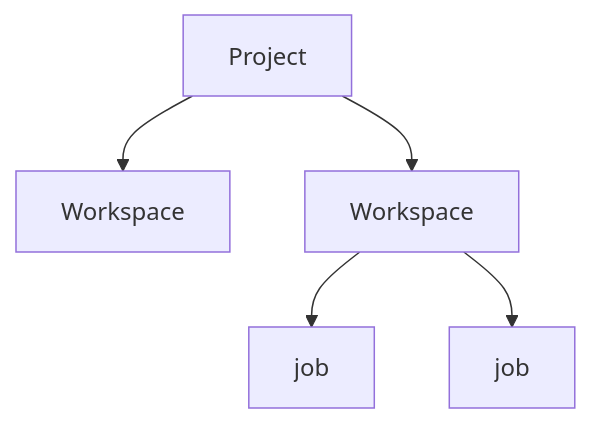
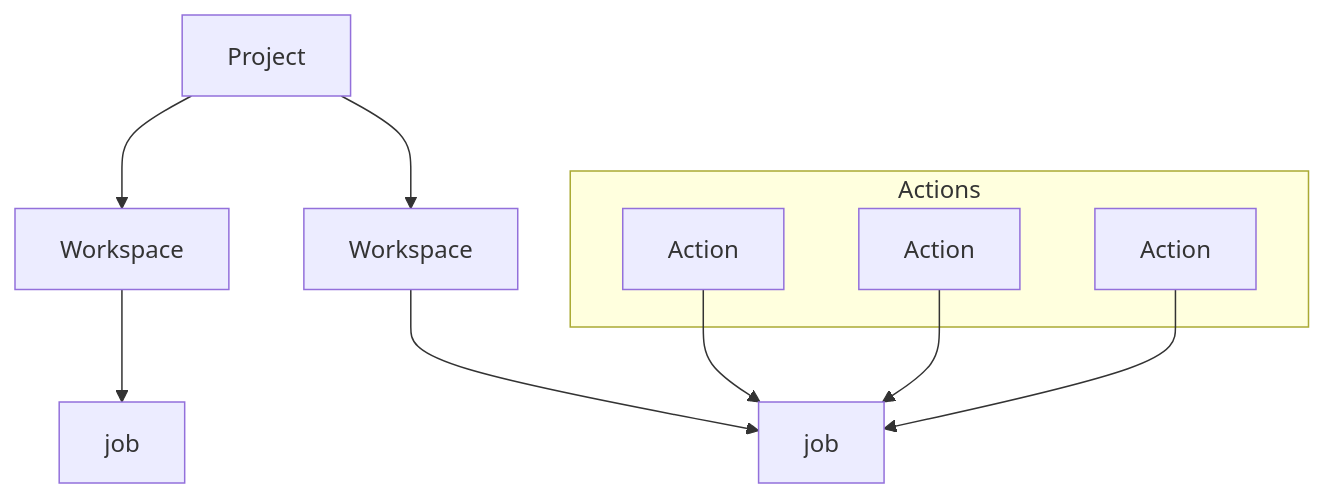
The diagram in docs/jobs-site.md (opensafely/documentation), drawn with Mermaid before and after one commit.

Commit message:
update flowchart with actions

````diff
--- a/docs/jobs-site.md
+++ b/docs/jobs-site.md
@@ -11,7 +11,15 @@
 ```mermaid
 graph TD
     A[Project] --> B[Workspace]
     A --> C[Workspace]
-    C --> D[job]
+    B --> D[job]
     C --> E[job]
+    subgraph Actions[Actions]
+      Action_1[Action]
+      Action_2[Action]
+      Action_3[Action]
+    end
+    Action_1 --> E
+    Action_2 --> E
+    Action_3 --> E
 ```
````
